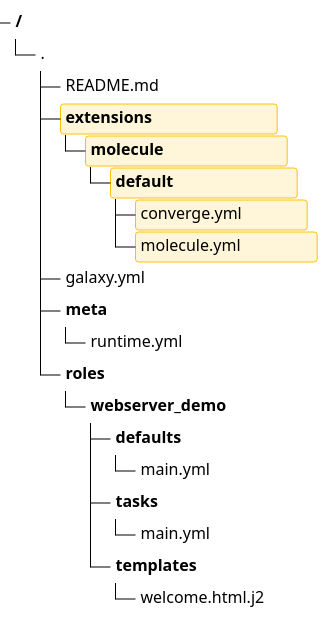
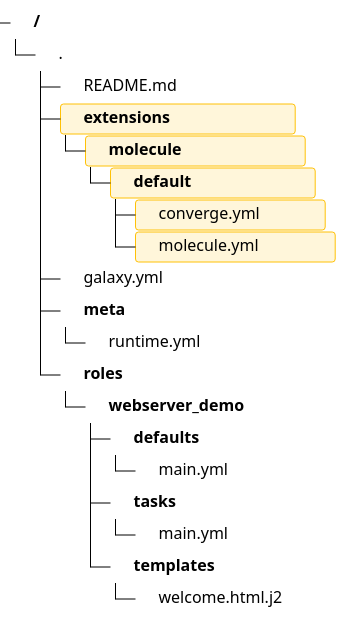
One commit to computacenter-com/ansible-best-practices changed the second of 2 diagrams in docs/development/testing.md. Above: the diagram before and after it, drawn with Mermaid (neutral theme). The commit also changed other lines of this file and 9 other files, not shown here.

Commit message:
Added logos to all treeView diagrams. Added JS script to register icon packs.

````diff
--- a/docs/development/testing.md
+++ b/docs/development/testing.md
@@ -139,26 +145,32 @@
         ``` mermaid
         ---
         config:
           treeView:
             rowIndent: 20
+            defaultIconPack: vscode-icons
+            showIcons: true
+            extensionIcons:
+              .j2: file-type-jinja
+              .md: file-type-markdown
+              .yml: file-type-light-yaml-official
         ---
         treeView-beta
         .
         ├── README.md
         ├── extensions/ :::highlight
         │   └── molecule/ :::highlight
         │       └── default/ :::highlight
         │           ├── converge.yml :::highlight
         │           └── molecule.yml :::highlight
         ├── galaxy.yml
         ├── meta/
         │   └── runtime.yml
         └── roles/
             └── webserver_demo/
                 ├── defaults/
                 │   └── main.yml
                 ├── tasks/
                 │   └── main.yml
                 └── templates/
                     └── welcome.html.j2
         ```
````
